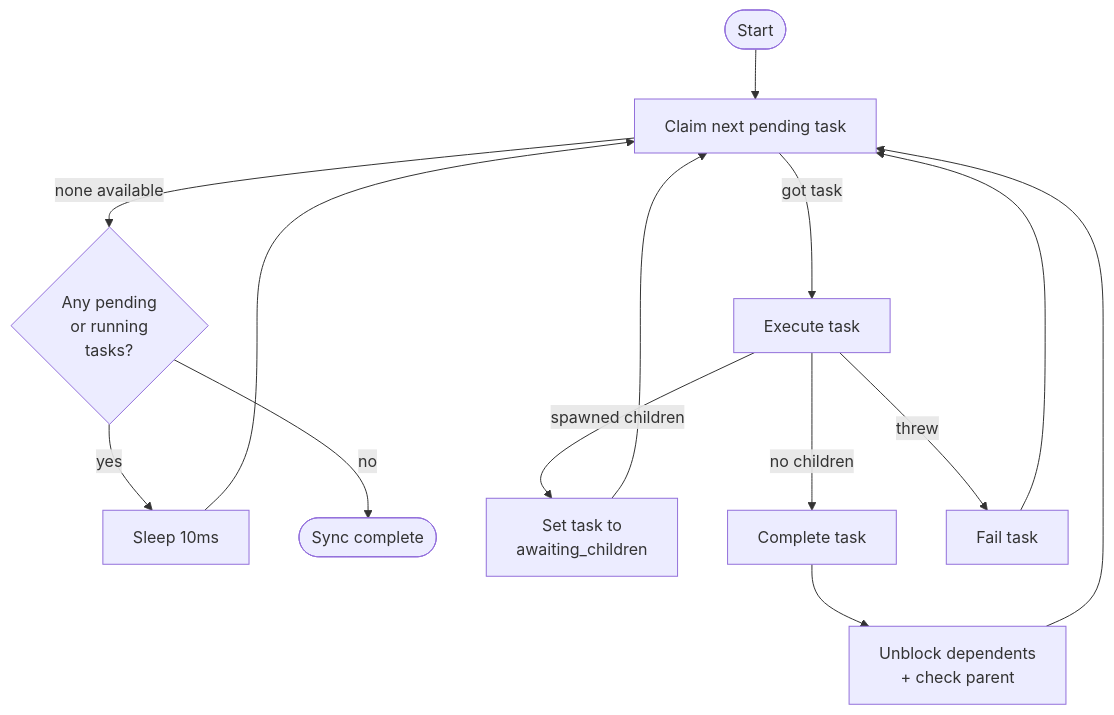
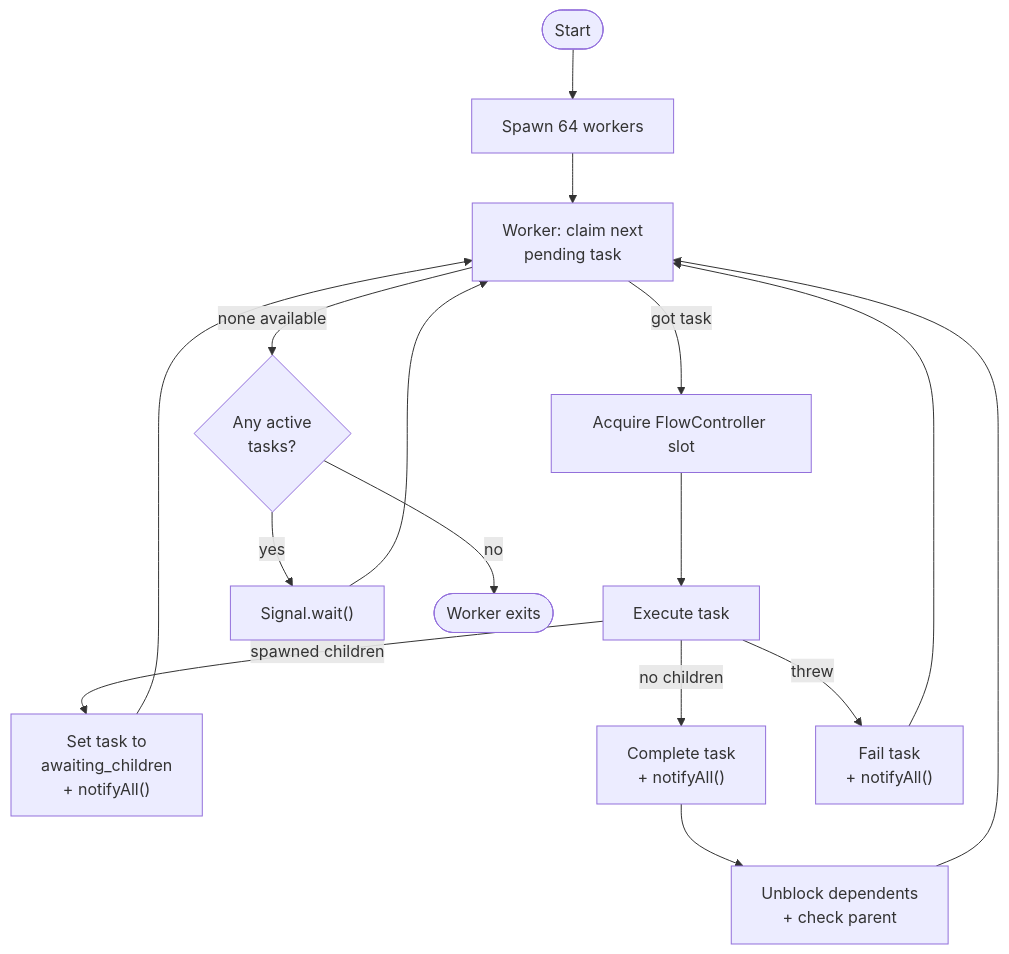
Before and after one commit to max-hq/max: the ninth of 11 diagrams in docs/src/content/docs/architecture/sync-layer.md, drawn with Mermaid. The commit also changed other lines of this file and 2 other files, not shown here.

````diff
--- a/docs/src/content/docs/architecture/sync-layer.md
+++ b/docs/src/content/docs/architecture/sync-layer.md
@@ -326,14 +331,16 @@
 ```mermaid
 flowchart TD
-    START([Start]) --> CLAIM[Claim next pending task]
-    CLAIM -->|got task| EXEC[Execute task]
-    CLAIM -->|none available| CHECK{Any pending\nor running\ntasks?}
-    CHECK -->|yes| WAIT[Sleep 10ms] --> CLAIM
-    CHECK -->|no| DONE([Sync complete])
-    EXEC -->|spawned children| AC[Set task to\nawaiting_children]
-    EXEC -->|no children| COMPLETE[Complete task]
-    EXEC -->|threw| FAIL[Fail task]
+    START([Start]) --> SPAWN["Spawn 64 workers"]
+    SPAWN --> CLAIM["Worker: claim next\npending task"]
+    CLAIM -->|got task| FC["Acquire FlowController slot"]
+    FC --> EXEC[Execute task]
+    CLAIM -->|none available| CHECK{Any active\ntasks?}
+    CHECK -->|yes| WAIT["Signal.wait()"] --> CLAIM
+    CHECK -->|no| DONE([Worker exits])
+    EXEC -->|spawned children| AC["Set task to\nawaiting_children\n+ notifyAll()"]
+    EXEC -->|no children| COMPLETE["Complete task\n+ notifyAll()"]
+    EXEC -->|threw| FAIL["Fail task\n+ notifyAll()"]
     AC --> CLAIM
     COMPLETE --> UNBLOCK[Unblock dependents\n+ check parent] --> CLAIM
     FAIL --> CLAIM
 ```
````
